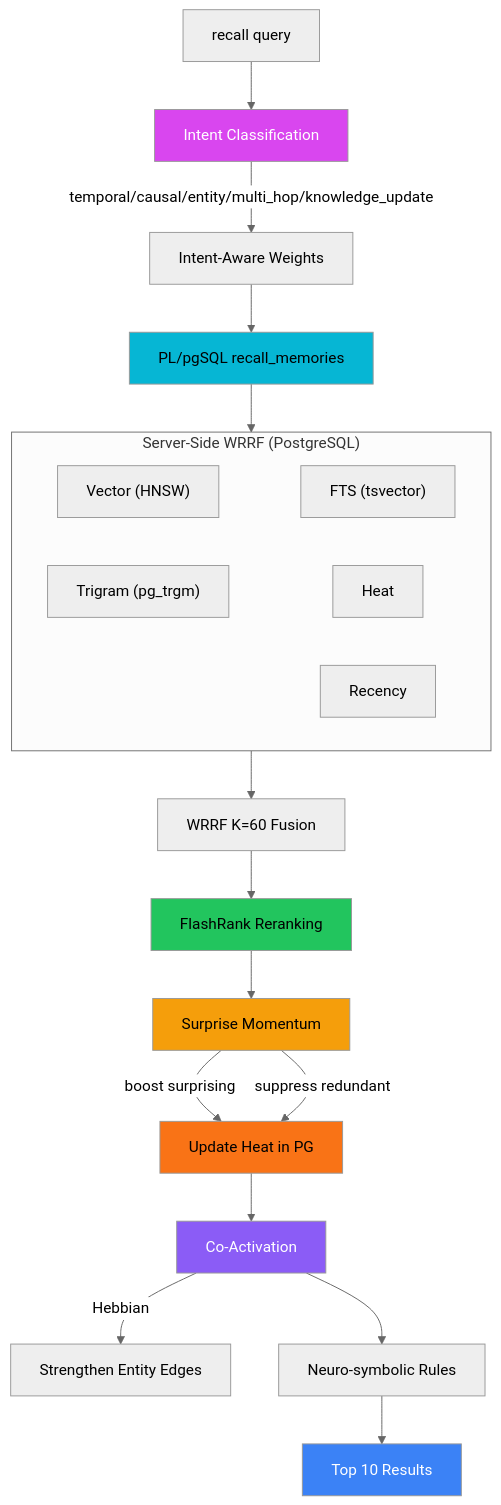
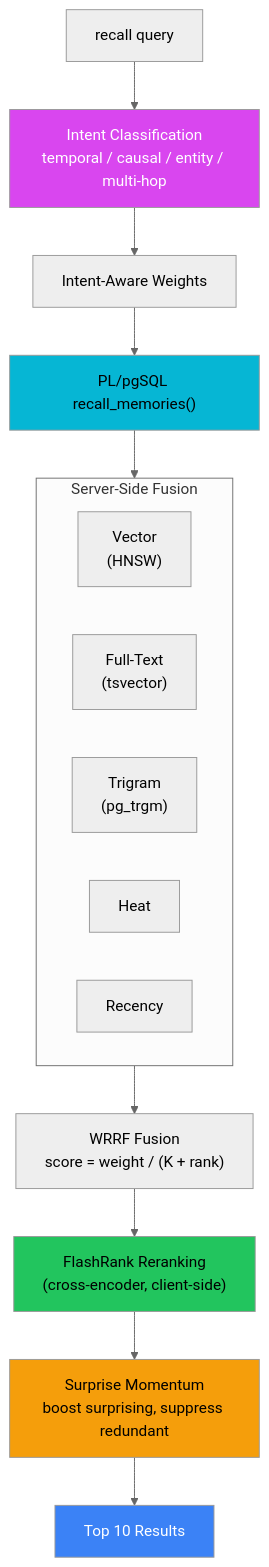
The third of 7 diagrams in README.md (cdeust/Cortex), drawn with Mermaid (neutral theme) before and after one commit. The commit also changed other lines of this file and 14 other files, not shown here.

````diff
--- a/README.md
+++ b/README.md
@@ -414,32 +201,27 @@
 ```mermaid
 flowchart TD
-    Q[recall query] --> R[Intent Classification]
-    R -->|temporal/causal/entity/multi_hop/knowledge_update| WS[Intent-Aware Weights]
-    WS --> PG[PL/pgSQL recall_memories]
+    Q["recall query"] --> R["Intent Classification<br/>temporal / causal / entity / multi-hop"]
+    R --> W["Intent-Aware Weights"]
+    W --> PG["PL/pgSQL recall_memories()"]
 
-    subgraph PG_SIGNALS["Server-Side WRRF (PostgreSQL)"]
+    subgraph WRRF["Server-Side Fusion"]
         direction LR
-        S1["Vector (HNSW)"] ~~~ S2["FTS (tsvector)"]
-        S3["Trigram (pg_trgm)"] ~~~ S4[Heat]
-        S5[Recency]
+        V["Vector<br/>(HNSW)"]
+        F["Full-Text<br/>(tsvector)"]
+        T["Trigram<br/>(pg_trgm)"]
+        HT["Heat"]
+        RC["Recency"]
     end
 
-    PG --> PG_SIGNALS
-    PG_SIGNALS --> FUSED[WRRF K=60 Fusion]
-    FUSED --> FR[FlashRank Reranking]
-    FR --> SM[Surprise Momentum]
-    SM -->|boost surprising| HU[Update Heat in PG]
-    SM -->|suppress redundant| HU
-    HU --> CA[Co-Activation]
-    CA -->|Hebbian| KG[Strengthen Entity Edges]
-    CA --> RULES[Neuro-symbolic Rules]
-    RULES --> RES[Top 10 Results]
+    PG --> WRRF
+    WRRF --> FUSED["WRRF Fusion<br/>score = weight / (K + rank)"]
+    FUSED --> FR["FlashRank Reranking<br/>(cross-encoder, client-side)"]
+    FR --> SM["Surprise Momentum<br/>boost surprising, suppress redundant"]
+    SM --> RES["Top 10 Results"]
 
     style R fill:#d946ef,color:#fff
     style PG fill:#06b6d4,color:#000
     style FR fill:#22c55e,color:#000
     style SM fill:#f59e0b,color:#000
-    style CA fill:#8b5cf6,color:#fff
     style RES fill:#3b82f6,color:#fff
-    style HU fill:#f97316,color:#000
 ```
````
